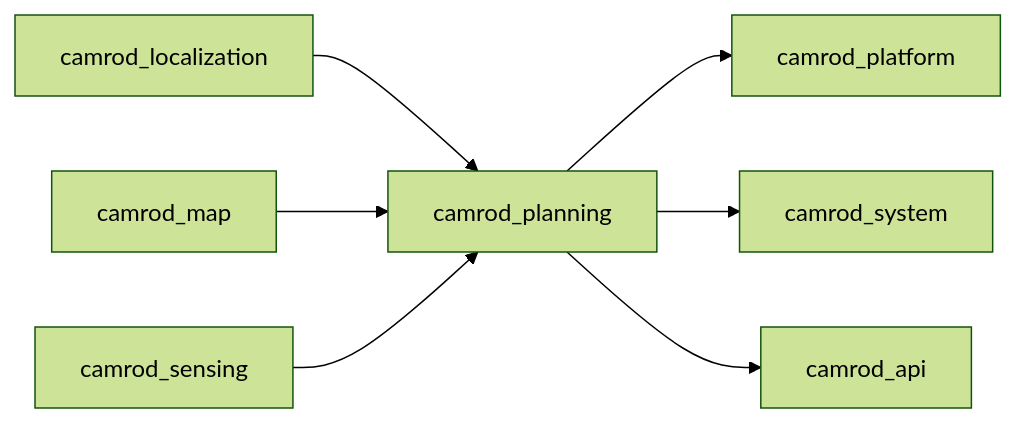
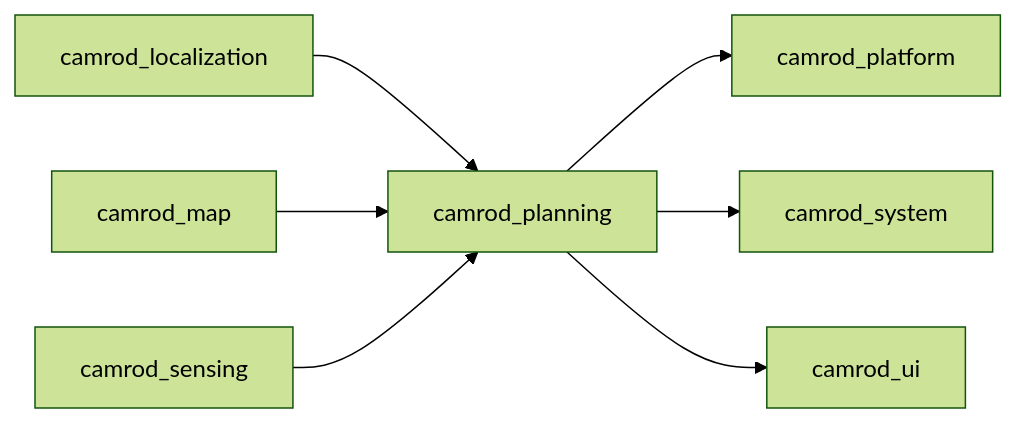
Before and after one commit to hwanhonglee/CAMROD: the second of 2 diagrams in camrod_planning/README.md, drawn with Mermaid (forest theme). The commit also changed 367 other files, not shown here.

First line of the commit message:
Release v1.7: cost grid architecture, namespace camrod, param _s normalization

````diff
--- a/camrod_planning/README.md
+++ b/camrod_planning/README.md
@@ -46,9 +46,9 @@
 ```mermaid
 graph LR
   LOC[camrod_localization] --> PLAN[camrod_planning]
   MAP[camrod_map] --> PLAN
   SENSING[camrod_sensing] --> PLAN
   PLAN --> PLATFORM[camrod_platform]
   PLAN --> SYSTEM[camrod_system]
-  PLAN --> API[camrod_api]
+  PLAN --> API[camrod_ui]
 ```
````
